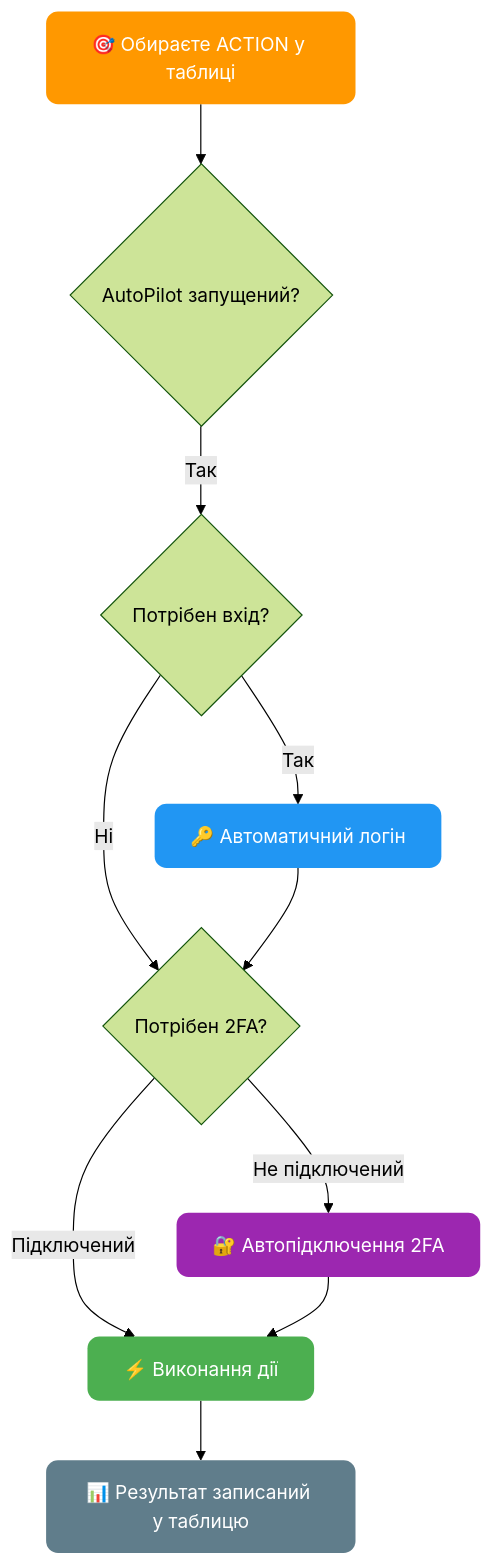
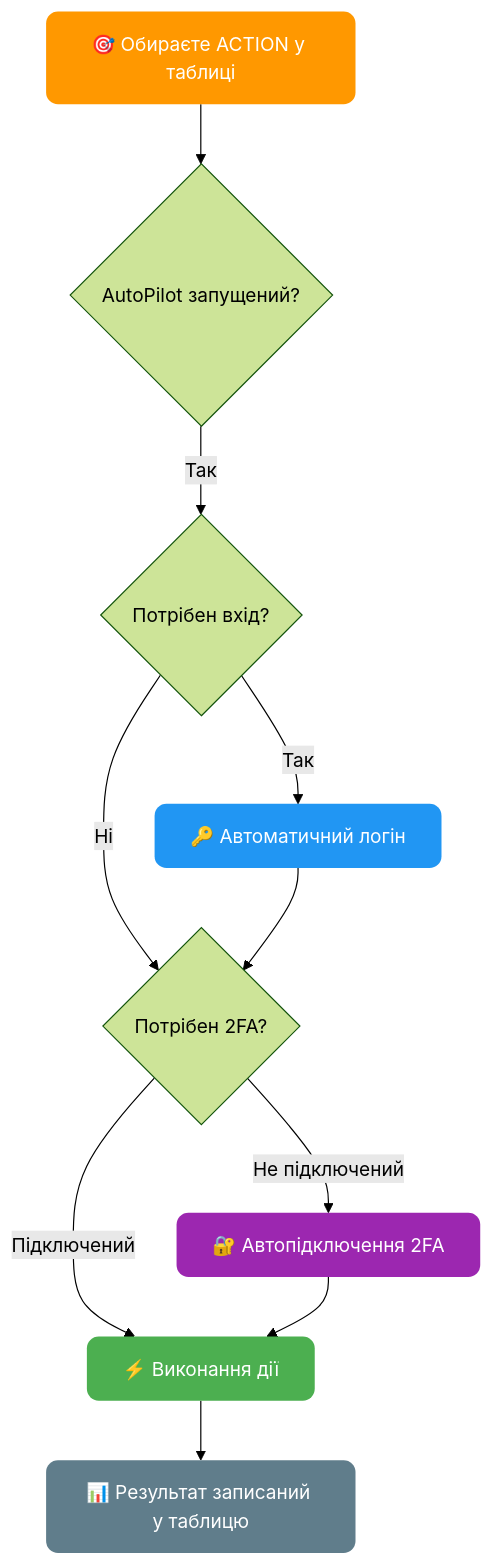
The third of 10 diagrams in src/content/docs/ua/exchanges/mexc-autopilot.md (AutoPilotSoftware/docs), drawn with Mermaid (forest theme) before and after one commit. The commit also changed other lines of this file and 2 other files, not shown here.

````diff
--- a/src/content/docs/ua/exchanges/mexc-autopilot.md
+++ b/src/content/docs/ua/exchanges/mexc-autopilot.md
@@ -138,18 +138,18 @@
 ```mermaid
 flowchart TD
-    START["🎯 Обираєте ACTION у таблицi"] --> AUTO{"AutoPilot запущений?"}
-    AUTO -->|Так| LOGIN{"Потрiбен вхiд?"}
-    LOGIN -->|Так| DO_LOGIN["🔑 Автоматичний логiн"]
-    LOGIN -->|Нi| TFA{"Потрiбен 2FA?"}
+    START["🎯 Обираєте ACTION у таблиці"] --> AUTO{"AutoPilot запущений?"}
+    AUTO -->|Так| LOGIN{"Потрібен вхід?"}
+    LOGIN -->|Так| DO_LOGIN["🔑 Автоматичний логін"]
+    LOGIN -->|Ні| TFA{"Потрібен 2FA?"}
     DO_LOGIN --> TFA
-    TFA -->|Не пiдключений| DO_2FA["🔐 Автопiдключення 2FA"]
-    TFA -->|Пiдключений| ACTION["⚡ Виконання дiї"]
+    TFA -->|Не підключений| DO_2FA["🔐 Автопідключення 2FA"]
+    TFA -->|Підключений| ACTION["⚡ Виконання дії"]
     DO_2FA --> ACTION
     ACTION --> RESULT["📊 Результат записаний у таблицю"]
 
     style START fill:#FF9800,color:#fff,stroke:none,rx:10
     style DO_LOGIN fill:#2196F3,color:#fff,stroke:none,rx:10
     style DO_2FA fill:#9C27B0,color:#fff,stroke:none,rx:10
     style ACTION fill:#4CAF50,color:#fff,stroke:none,rx:10
     style RESULT fill:#607D8B,color:#fff,stroke:none,rx:10
 ```
````
